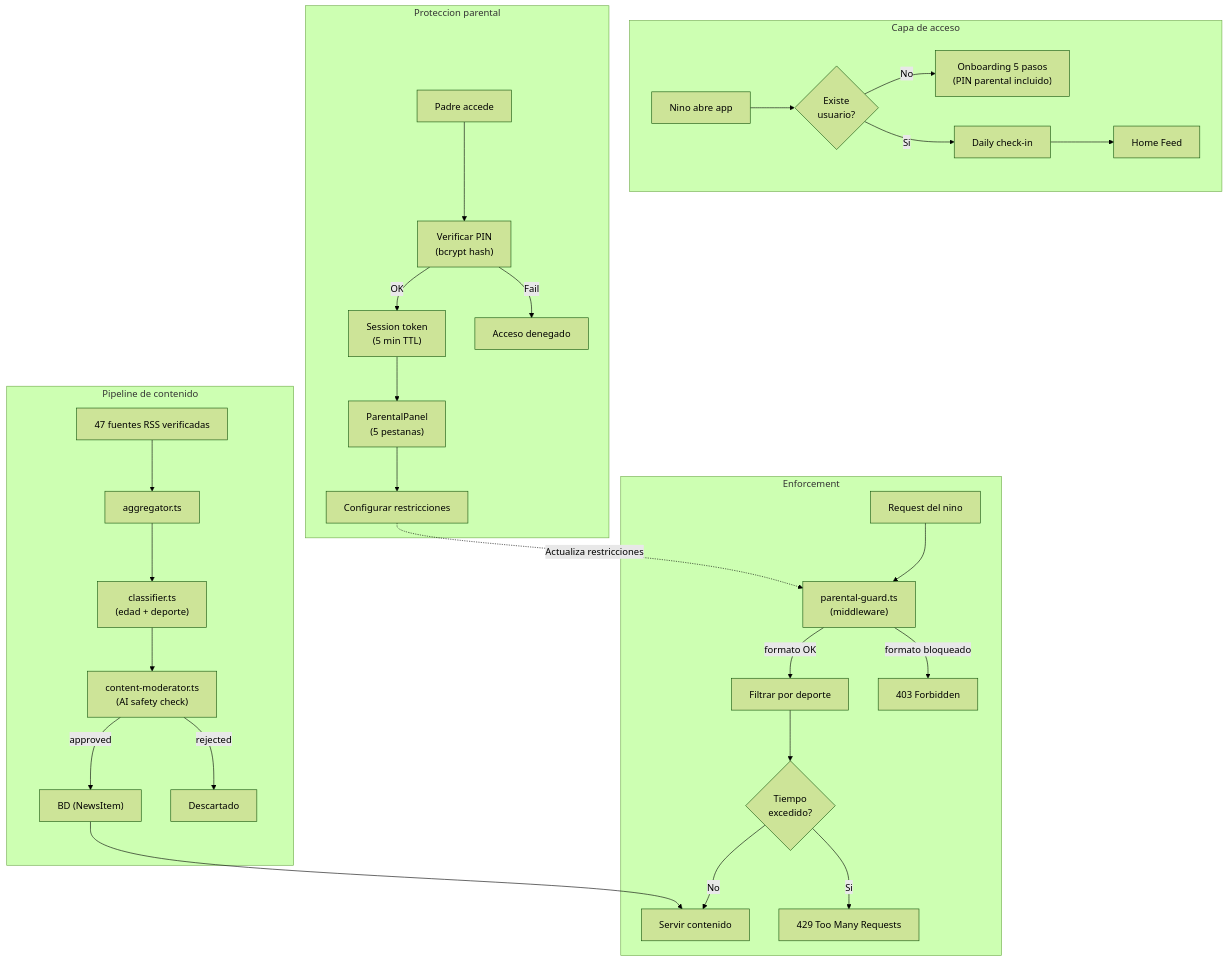
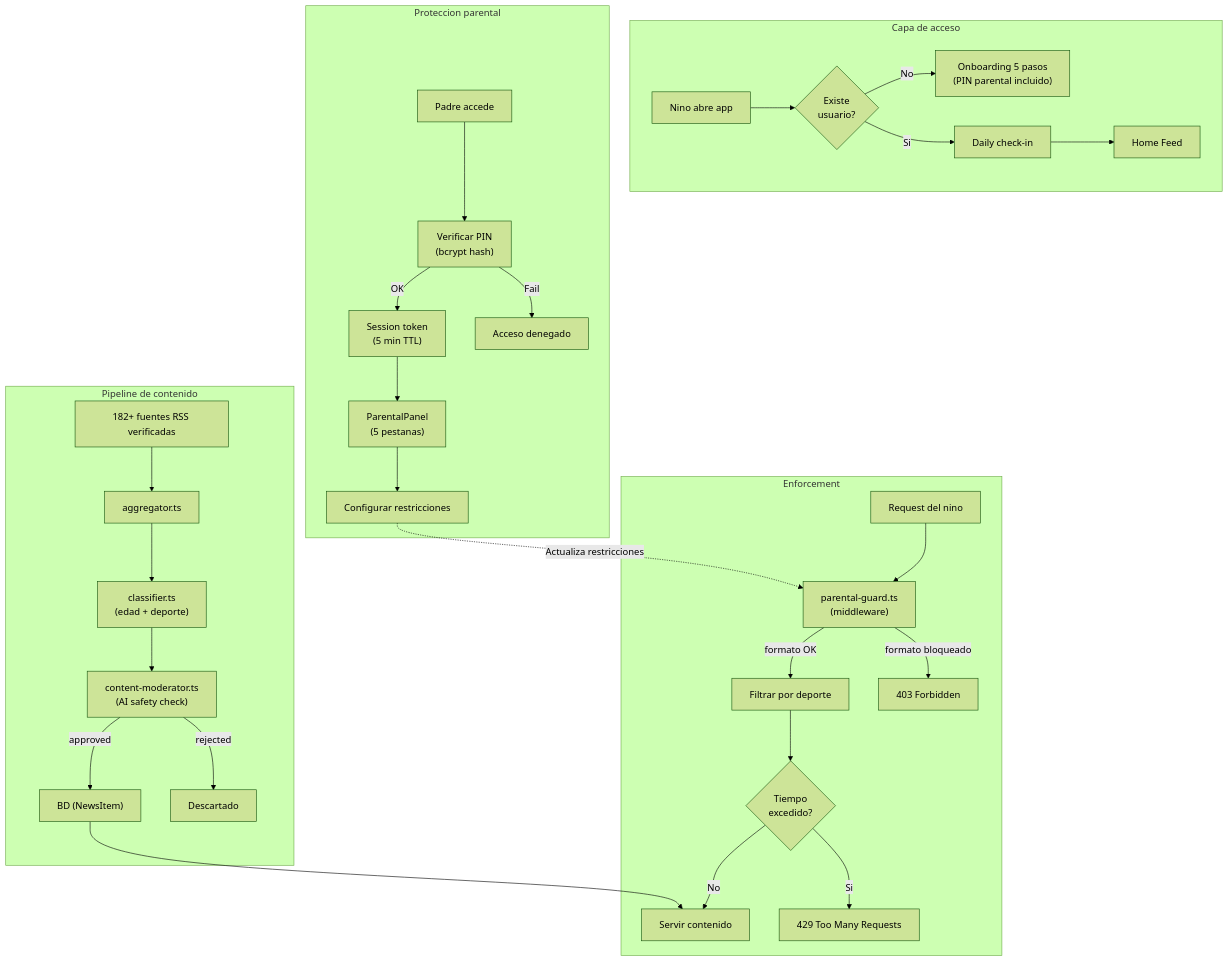
The diagram in docs/es/09-seguridad-y-privacidad.md (durdy48/SportyKids), drawn with Mermaid (forest theme) before and after one commit. The commit also changed other lines of this file and 425 other files, not shown here.

````diff
--- a/docs/es/09-seguridad-y-privacidad.md
+++ b/docs/es/09-seguridad-y-privacidad.md
@@ -98,37 +110,37 @@
 ```mermaid
 flowchart TD
     subgraph "Capa de acceso"
         A["Nino abre app"] --> B{"Existe<br/>usuario?"}
         B -->|No| C["Onboarding 5 pasos<br/>(PIN parental incluido)"]
         B -->|Si| CHECKIN["Daily check-in"]
         CHECKIN --> D["Home Feed"]
     end
 
     subgraph "Pipeline de contenido"
-        K["47 fuentes RSS verificadas"] --> L["aggregator.ts"]
+        K["182+ fuentes RSS verificadas"] --> L["aggregator.ts"]
         L --> M["classifier.ts<br/>(edad + deporte)"]
         M --> MOD["content-moderator.ts<br/>(AI safety check)"]
         MOD -->|approved| N["BD (NewsItem)"]
         MOD -->|rejected| REJ["Descartado"]
     end
 
     subgraph "Proteccion parental"
         E["Padre accede"] --> F["Verificar PIN<br/>(bcrypt hash)"]
         F -->|OK| SESS["Session token<br/>(5 min TTL)"]
         SESS --> G["ParentalPanel<br/>(5 pestanas)"]
         F -->|Fail| H["Acceso denegado"]
         G --> I["Configurar restricciones"]
     end
 
     subgraph "Enforcement"
         REQ["Request del nino"] --> PG["parental-guard.ts<br/>(middleware)"]
         PG -->|formato OK| FILT["Filtrar por deporte"]
         PG -->|formato bloqueado| DENY1["403 Forbidden"]
         FILT --> TIME{"Tiempo<br/>excedido?"}
         TIME -->|No| OK["Servir contenido"]
         TIME -->|Si| DENY2["429 Too Many Requests"]
     end
 
     N --> OK
     I -.->|"Actualiza restricciones"| PG
 ```
````
